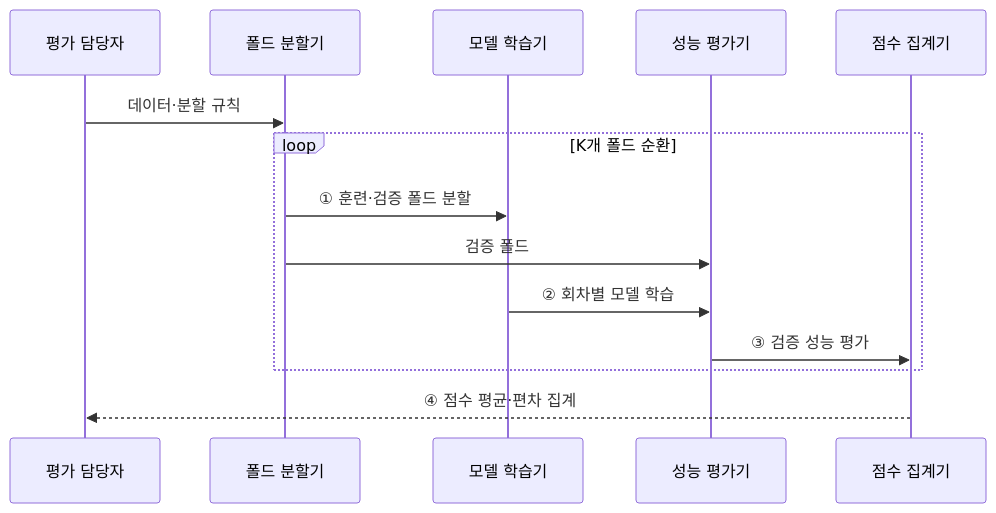
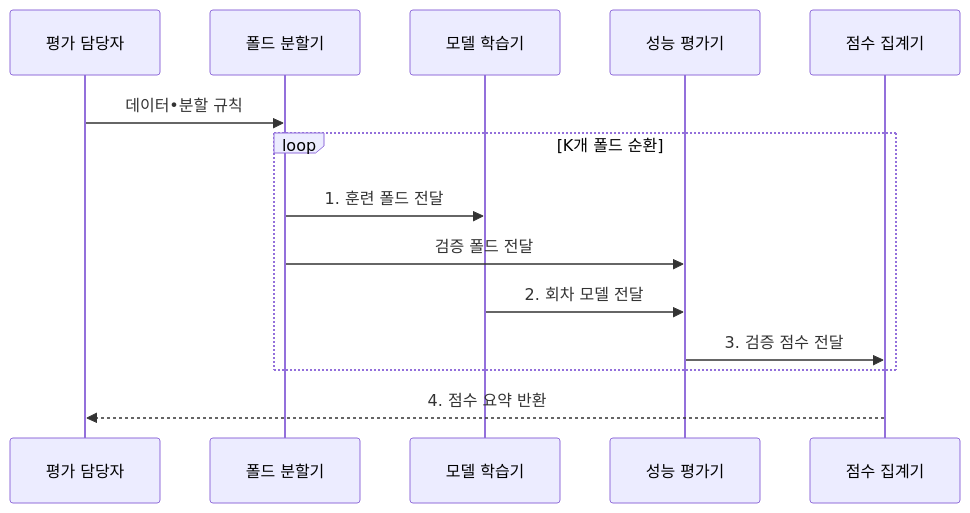
One commit to agnusdei1207/knowledge-base changed the second of 3 diagrams in src/content/docs/notes/01-basic-theory/038_k_fold_cv.md. Above: the diagram before and after it, drawn with Mermaid. The commit also changed other lines of this file and 20 other files, not shown here.

````diff
--- a/src/content/docs/notes/01-basic-theory/038_k_fold_cv.md
+++ b/src/content/docs/notes/01-basic-theory/038_k_fold_cv.md
@@ -74,16 +81,16 @@
 ```mermaid
 sequenceDiagram
     participant Q as 평가 담당자
     participant S as 폴드 분할기
     participant M as 모델 학습기
     participant E as 성능 평가기
     participant G as 점수 집계기
-    Q->>S: 데이터·분할 규칙
+    Q->>S: 데이터•분할 규칙
     loop K개 폴드 순환
-        S->>M: ① 훈련·검증 폴드 분할
-        S->>E: 검증 폴드
-        M->>E: ② 회차별 모델 학습
-        E->>G: ③ 검증 성능 평가
+        S->>M: 1. 훈련 폴드 전달
+        S->>E: 검증 폴드 전달
+        M->>E: 2. 회차 모델 전달
+        E->>G: 3. 검증 점수 전달
     end
-    G-->>Q: ④ 점수 평균·편차 집계
+    G-->>Q: 4. 점수 요약 반환
 ```
````
